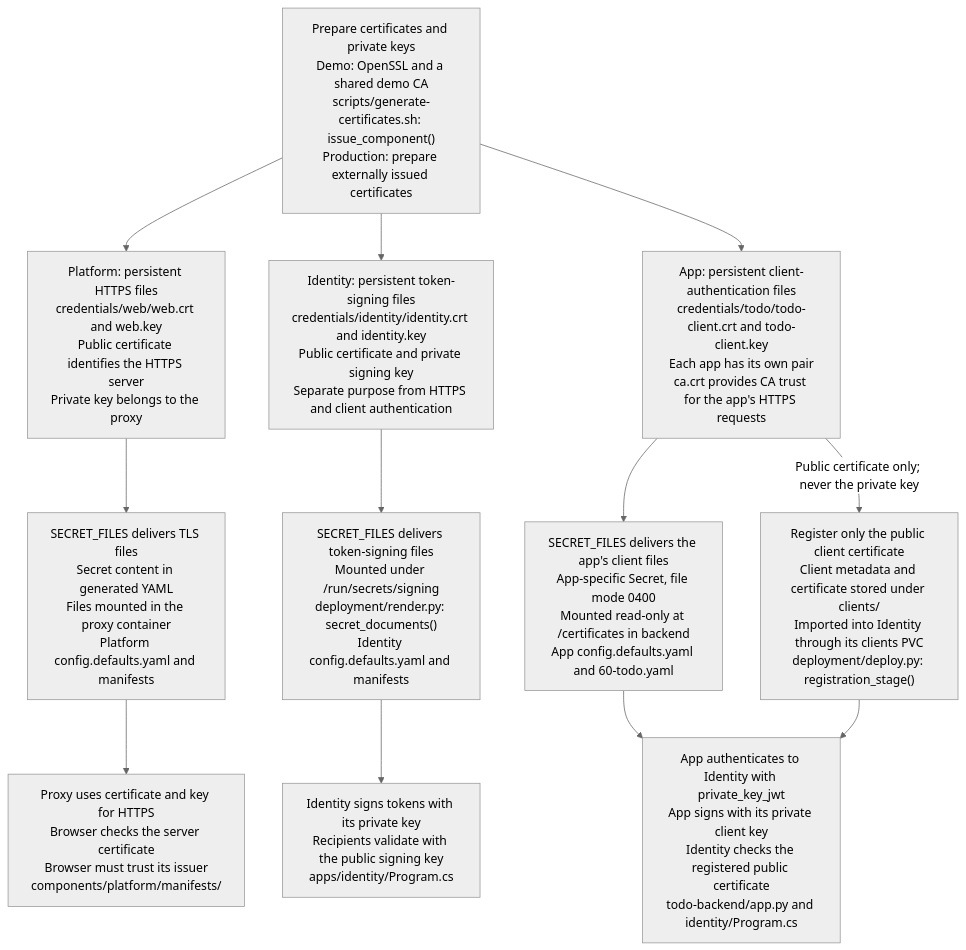
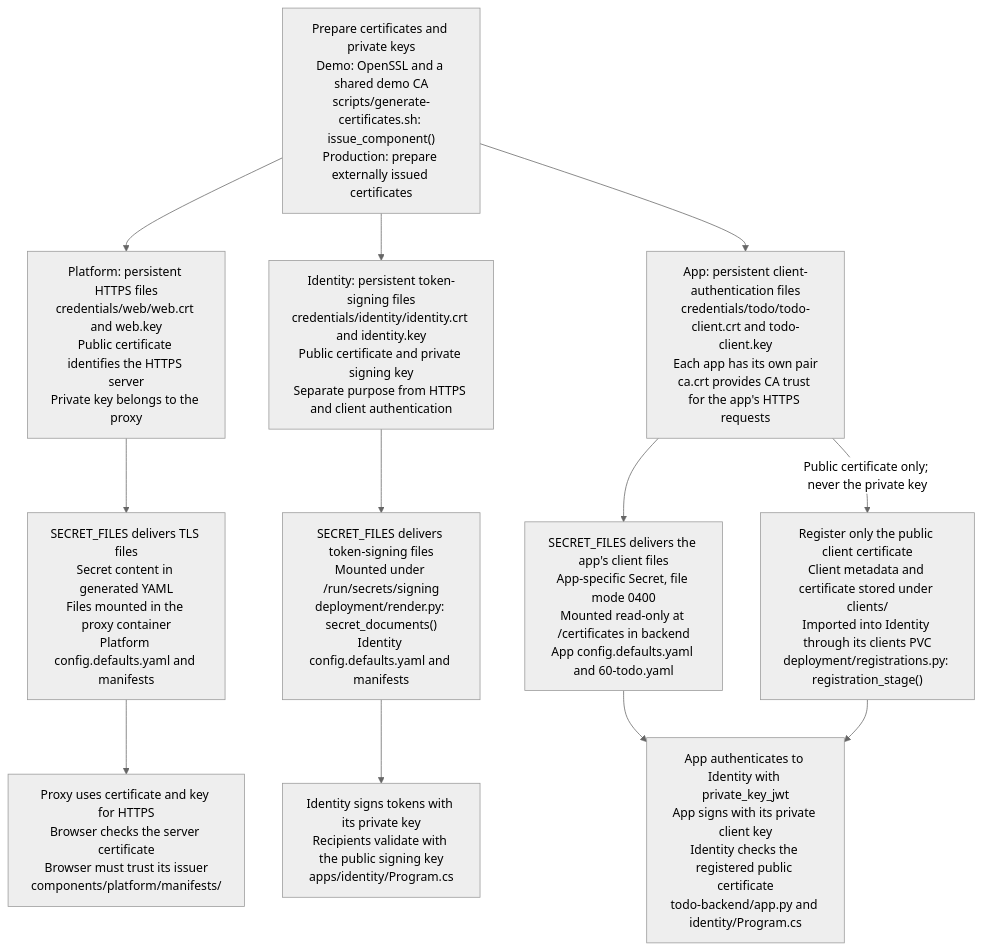
Before and after one commit to gunstein/podman_offline: the third of 3 diagrams in README.md, drawn with Mermaid (neutral theme). The commit also changed 16 other files, not shown here.

First line of the commit message:
Move registration and pending-record code to registrations.py (backlog 32)

````diff
--- a/README.md
+++ b/README.md
@@ -599,65 +599,65 @@
 ```mermaid
 flowchart TD
     ISSUE["`Prepare certificates and private keys
     Demo: OpenSSL and a shared demo CA
     scripts/generate-certificates.sh: issue_component()
     Production: prepare externally issued certificates`"]
 
     TLSFILES["`Platform: persistent HTTPS files
     credentials/web/web.crt and web.key
     Public certificate identifies the HTTPS server
     Private key belongs to the proxy`"]
 
     SIGNFILES["`Identity: persistent token-signing files
     credentials/identity/identity.crt and identity.key
     Public certificate and private signing key
     Separate purpose from HTTPS and client authentication`"]
 
     CLIENTFILES["`App: persistent client-authentication files
     credentials/todo/todo-client.crt and todo-client.key
     Each app has its own pair
     ca.crt provides CA trust for the app's HTTPS requests`"]
 
     TLSSECRET["`SECRET_FILES delivers TLS files
     Secret content in generated YAML
     Files mounted in the proxy container
     Platform config.defaults.yaml and manifests`"]
 
     SIGNSECRET["`SECRET_FILES delivers token-signing files
     Mounted under /run/secrets/signing
     deployment/render.py: secret_documents()
     Identity config.defaults.yaml and manifests`"]
 
     CLIENTSECRET["`SECRET_FILES delivers the app's client files
     App-specific Secret, file mode 0400
     Mounted read-only at /certificates in backend
     App config.defaults.yaml and 60-todo.yaml`"]
 
     PUBLIC["`Register only the public client certificate
     Client metadata and certificate stored under clients/
     Imported into Identity through its clients PVC
-    deployment/deploy.py: registration_stage()`"]
+    deployment/registrations.py: registration_stage()`"]
 
     HTTPS["`Proxy uses certificate and key for HTTPS
     Browser checks the server certificate
     Browser must trust its issuer
     components/platform/manifests/`"]
 
     TOKENS["`Identity signs tokens with its private key
     Recipients validate with the public signing key
     apps/identity/Program.cs`"]
 
     AUTH["`App authenticates to Identity with private_key_jwt
     App signs with its private client key
     Identity checks the registered public certificate
     todo-backend/app.py and identity/Program.cs`"]
 
     ISSUE --> TLSFILES
     ISSUE --> SIGNFILES
     ISSUE --> CLIENTFILES
     TLSFILES --> TLSSECRET --> HTTPS
     SIGNFILES --> SIGNSECRET --> TOKENS
     CLIENTFILES --> CLIENTSECRET --> AUTH
     CLIENTFILES -->|Public certificate only; never the private key| PUBLIC
     PUBLIC --> AUTH
 ```
````
